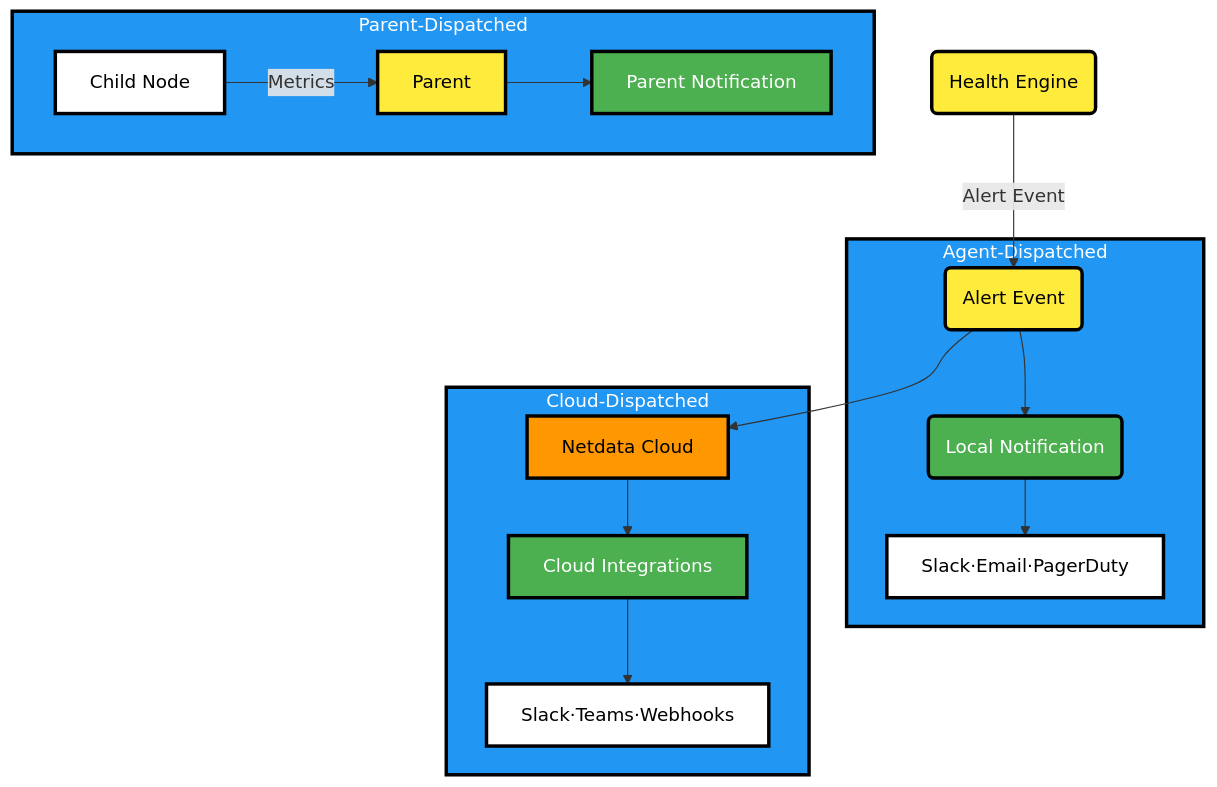
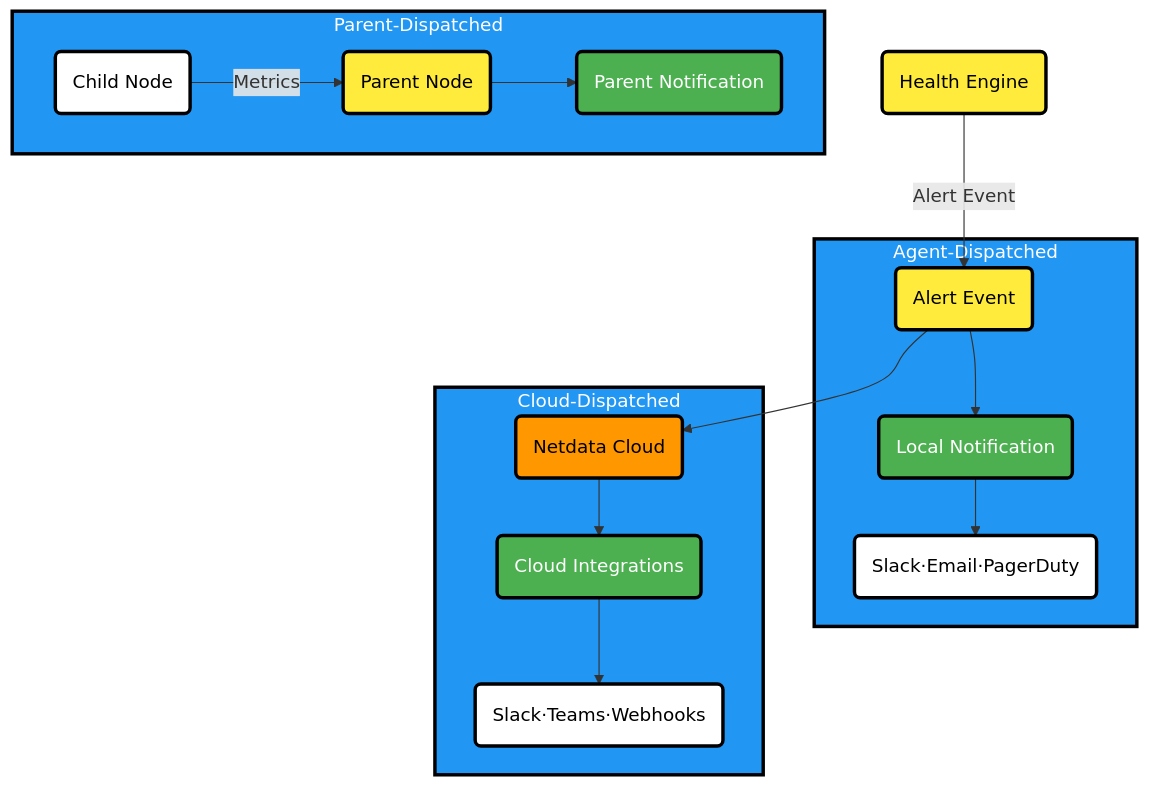
The diagram in docs/alerts/receiving-notifications/1-notification-concepts.md (netdata/netdata), drawn with Mermaid before and after one commit.

Commit message:
docs: round all node shapes in notification diagram

````diff
--- a/docs/alerts/receiving-notifications/1-notification-concepts.md
+++ b/docs/alerts/receiving-notifications/1-notification-concepts.md
@@ -7,32 +7,32 @@
 ```mermaid
 flowchart TD
     H(Health Engine) -->|"Alert Event"| E(Alert Event)
     
     subgraph M1["Agent-Dispatched"]
         E --> LN(Local Notification)
-        LN --> DestA[Slack·Email·PagerDuty]
+        LN --> DestA(Slack·Email·PagerDuty)
     end
     
     subgraph M2["Parent-Dispatched"]
-        Child[Child Node] -->|"Metrics"| Parent[Parent]
-        Parent --> PN[Parent Notification]
+        Child(Child Node) -->|"Metrics"| Parent(Parent Node)
+        Parent --> PN(Parent Notification)
     end
     
     subgraph M3["Cloud-Dispatched"]
-        E --> C[Netdata Cloud]
-        C --> CI[Cloud Integrations]
-        CI --> DestC[Slack·Teams·Webhooks]
+        E --> C(Netdata Cloud)
+        C --> CI(Cloud Integrations)
+        CI --> DestC(Slack·Teams·Webhooks)
     end
     
     classDef model fill:#2196F3,stroke:#000000,stroke-width:3px,color:#ffffff,font-size:16px
     classDef yellow fill:#ffeb3b,stroke:#000000,stroke-width:3px,color:#000000,font-size:16px
     classDef green fill:#4caf50,stroke:#000000,stroke-width:3px,color:#ffffff,font-size:16px
     classDef white fill:#ffffff,stroke:#000000,stroke-width:3px,color:#000000,font-size:16px
     classDef orange fill:#ff9800,stroke:#000000,stroke-width:3px,color:#000000,font-size:16px
 
     class M1,M2,M3 model
     class H,E,Parent yellow
     class LN,PN,CI green
     class DestA,DestC,Child white
     class C orange
 ```
````
